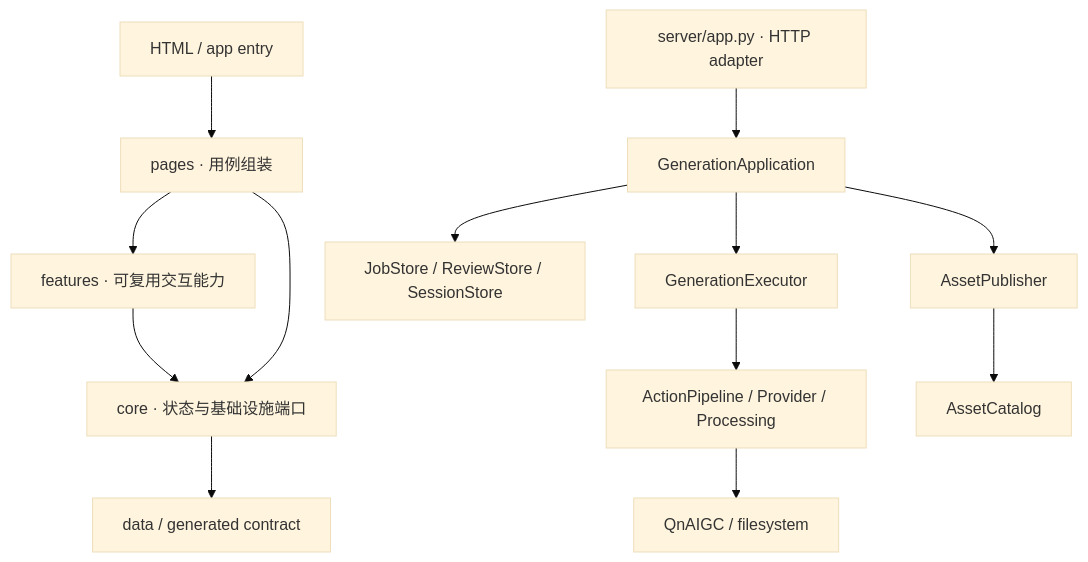
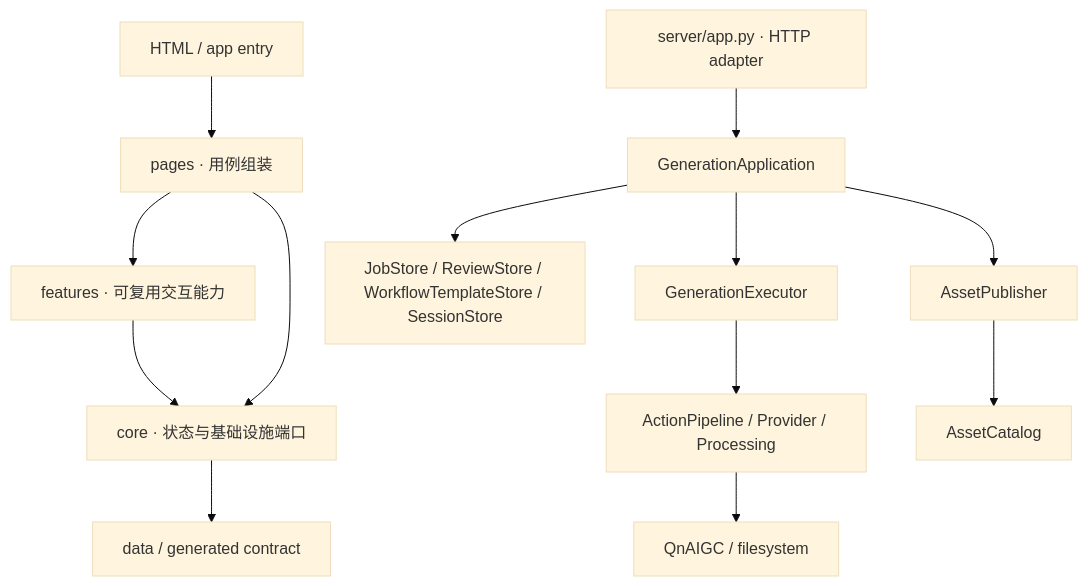
The second of 2 diagrams in docs/ENGINEERING_PLAYBOOK.md (huyanxius/windup-asset-lab), drawn with Mermaid (base theme) before and after one commit. The commit also changed other lines of this file and 24 other files, not shown here.

````diff
--- a/docs/ENGINEERING_PLAYBOOK.md
+++ b/docs/ENGINEERING_PLAYBOOK.md
@@ -38,15 +38,15 @@
 ```mermaid
 flowchart TD
   Entry["HTML / app entry"] --> Pages["pages · 用例组装"]
   Pages --> Features["features · 可复用交互能力"]
   Pages --> Core["core · 状态与基础设施端口"]
   Features --> Core
   Core --> Data["data / generated contract"]
   HTTP["server/app.py · HTTP adapter"] --> App["GenerationApplication"]
-  App --> Stores["JobStore / ReviewStore / SessionStore"]
+  App --> Stores["JobStore / ReviewStore / WorkflowTemplateStore / SessionStore"]
   App --> Executor["GenerationExecutor"]
   App --> Publisher["AssetPublisher"]
   Executor --> Pipeline["ActionPipeline / Provider / Processing"]
   Publisher --> Catalog["AssetCatalog"]
   Pipeline --> External["QnAIGC / filesystem"]
 ```
````
